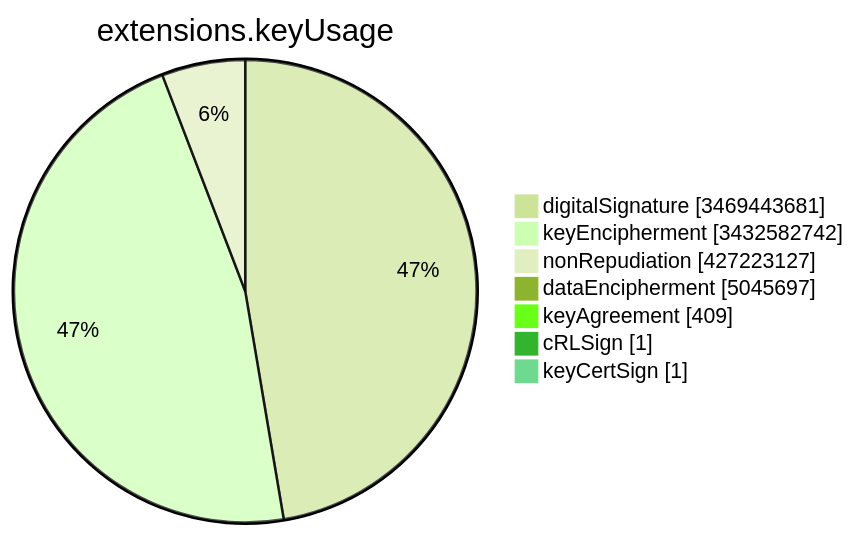
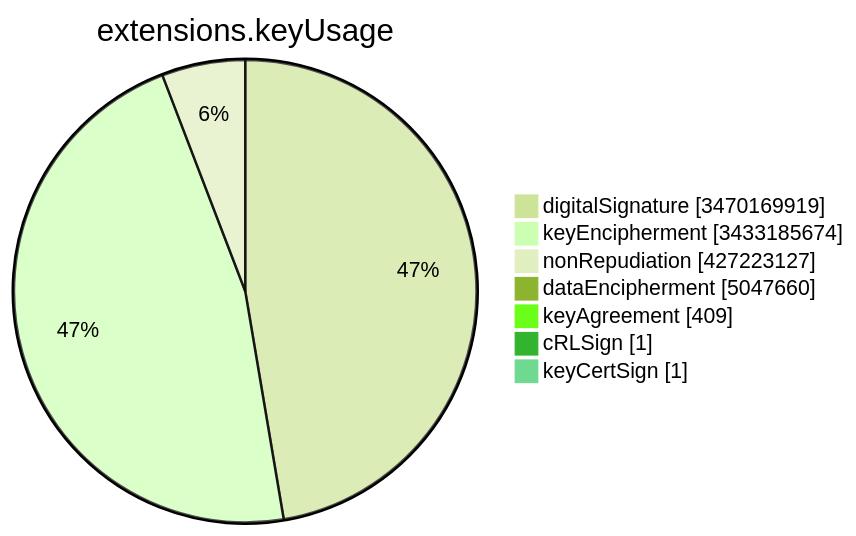
One commit to christiankrug/ctmonitor_visualization changed the sixth of 15 diagrams in TOTAL/README.md. Above: the diagram before and after it, drawn with Mermaid (forest theme). The commit also changed other lines of this file, not shown here.

````diff
--- a/TOTAL/README.md
+++ b/TOTAL/README.md
@@ -3082,11 +3082,11 @@
 ```mermaid
 pie showData
 title extensions.keyUsage
-"digitalSignature" :3469443681
-"keyEncipherment" :3432582742
+"digitalSignature" :3470169919
+"keyEncipherment" :3433185674
 "nonRepudiation" :427223127
-"dataEncipherment" :5045697
+"dataEncipherment" :5047660
 "keyAgreement" :409
 "cRLSign" :1
 "keyCertSign" :1
 ```
````
